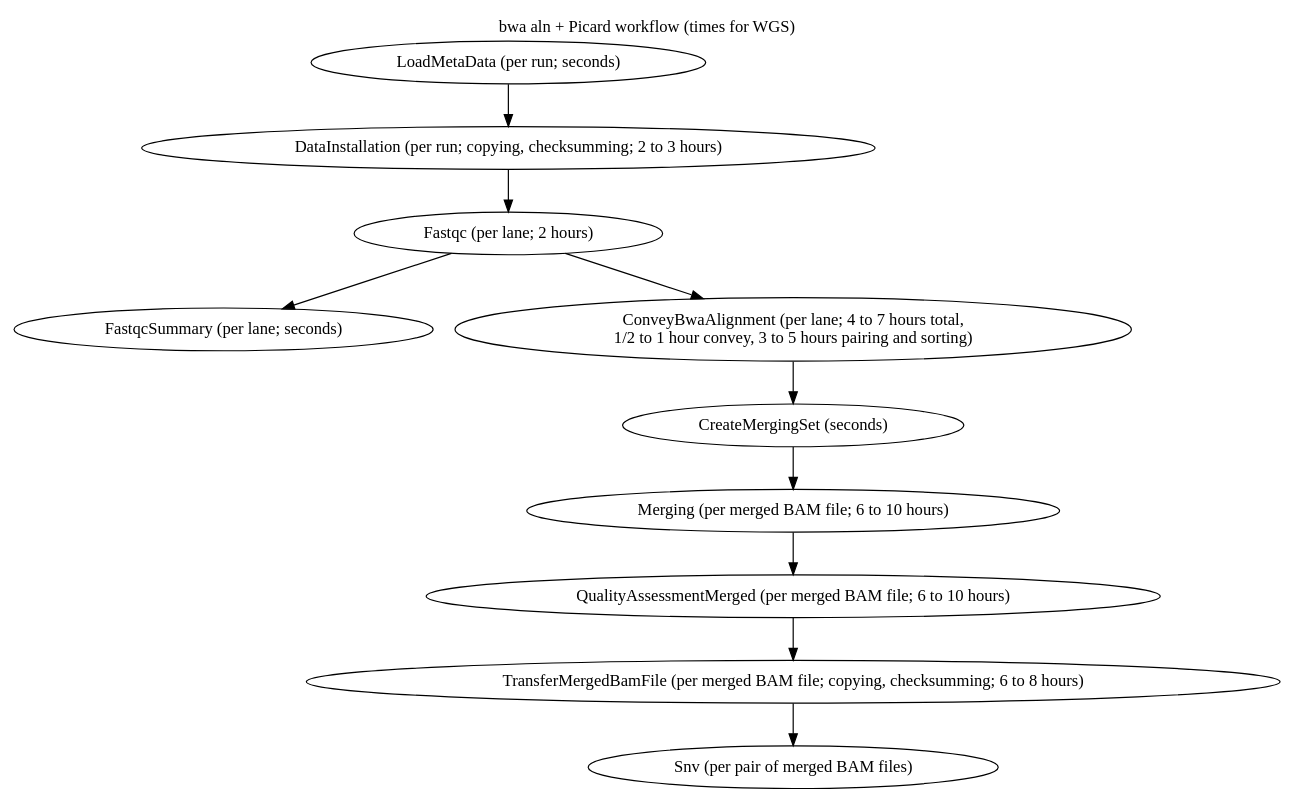
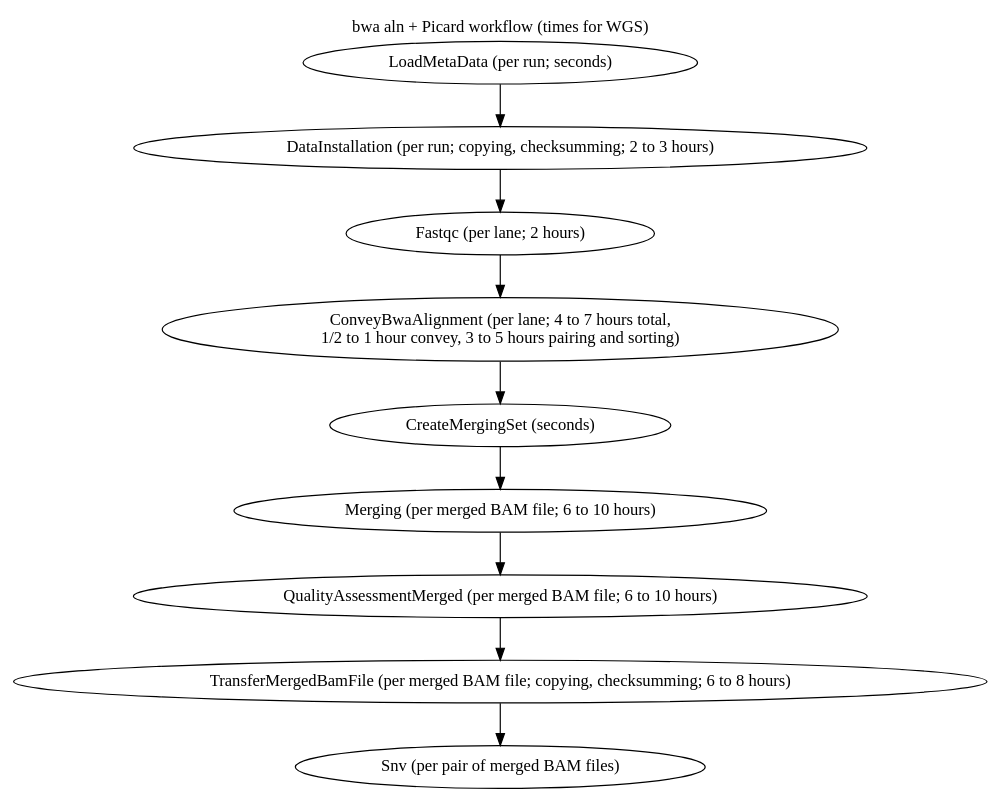
Before and after one commit to one-touch-pipeline/otp: the diagram in src/docs/guide/workflowGraphs/bwa_aln.dot, drawn with Graphviz. The commit also changed 4 other files, not shown here.

First line of the commit message:
OTP-2000: Remove FastqcSummaryWorkflow from workflow graphs

```diff
--- a/src/docs/guide/workflowGraphs/bwa_aln.dot
+++ b/src/docs/guide/workflowGraphs/bwa_aln.dot
@@ -1,15 +1,14 @@
 digraph workflows {
   labelloc="t";
   label="bwa aln + Picard workflow (times for WGS)\n";
 
   LoadMetaData [label="LoadMetaData (per run; seconds)"]
   DataInstallation [label="DataInstallation (per run; copying, checksumming; 2 to 3 hours)"];
   Fastqc [label="Fastqc (per lane; 2 hours)"];
-  Fastqc -> "FastqcSummary (per lane; seconds)";
   ConveyBwaAlignment [label="ConveyBwaAlignment (per lane; 4 to 7 hours total,\n1/2 to 1 hour convey, 3 to 5 hours pairing and sorting)"]
   CreateMergingSet [label="CreateMergingSet (seconds)"]
   Merging [label="Merging (per merged BAM file; 6 to 10 hours)"]
   QualityAssessmentMerged [label="QualityAssessmentMerged (per merged BAM file; 6 to 10 hours)"]
   TransferMergedBamFile [label="TransferMergedBamFile (per merged BAM file; copying, checksumming; 6 to 8 hours)"]
   LoadMetaData -> DataInstallation -> Fastqc -> ConveyBwaAlignment -> CreateMergingSet -> Merging -> QualityAssessmentMerged -> TransferMergedBamFile -> "Snv (per pair of merged BAM files)"
 }
```
